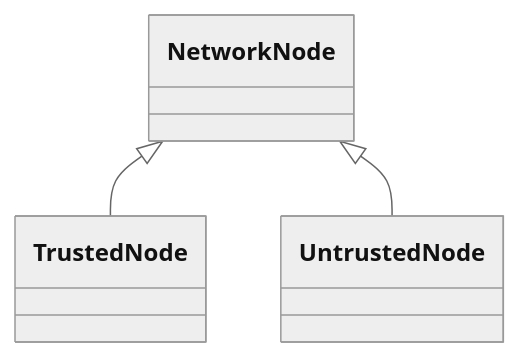
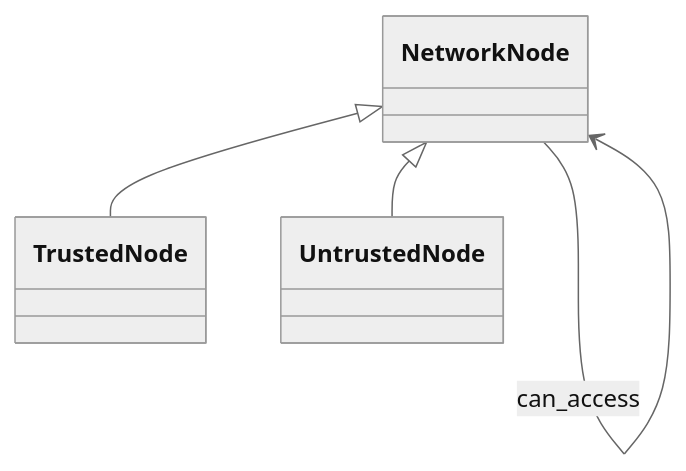
One commit to bsommers/OntoLogic changed the diagram in examples/security_policy.mmd. Above: the diagram before and after it, drawn with Mermaid (neutral theme). The commit also changed 171 other files, not shown here.

```diff
--- a/examples/security_policy.mmd
+++ b/examples/security_policy.mmd
@@ -1,9 +1,10 @@
 classDiagram
     class NetworkNode["NetworkNode"]
     class TrustedNode["TrustedNode"]
     class UntrustedNode["UntrustedNode"]
     NetworkNode <|-- TrustedNode
     NetworkNode <|-- UntrustedNode
+    NetworkNode --> NetworkNode : can_access
 
 %% WARNING: The following axioms could not be mapped to field constraints:
 %%   forall n (UntrustedNode(n) implies not can_access(n, AdminPanel))
```
